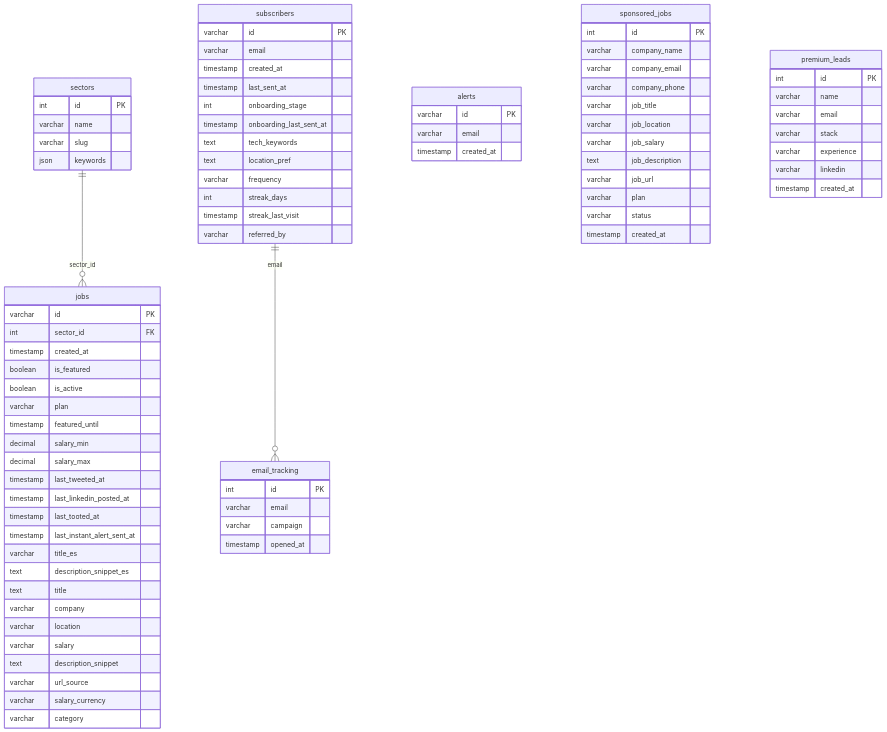
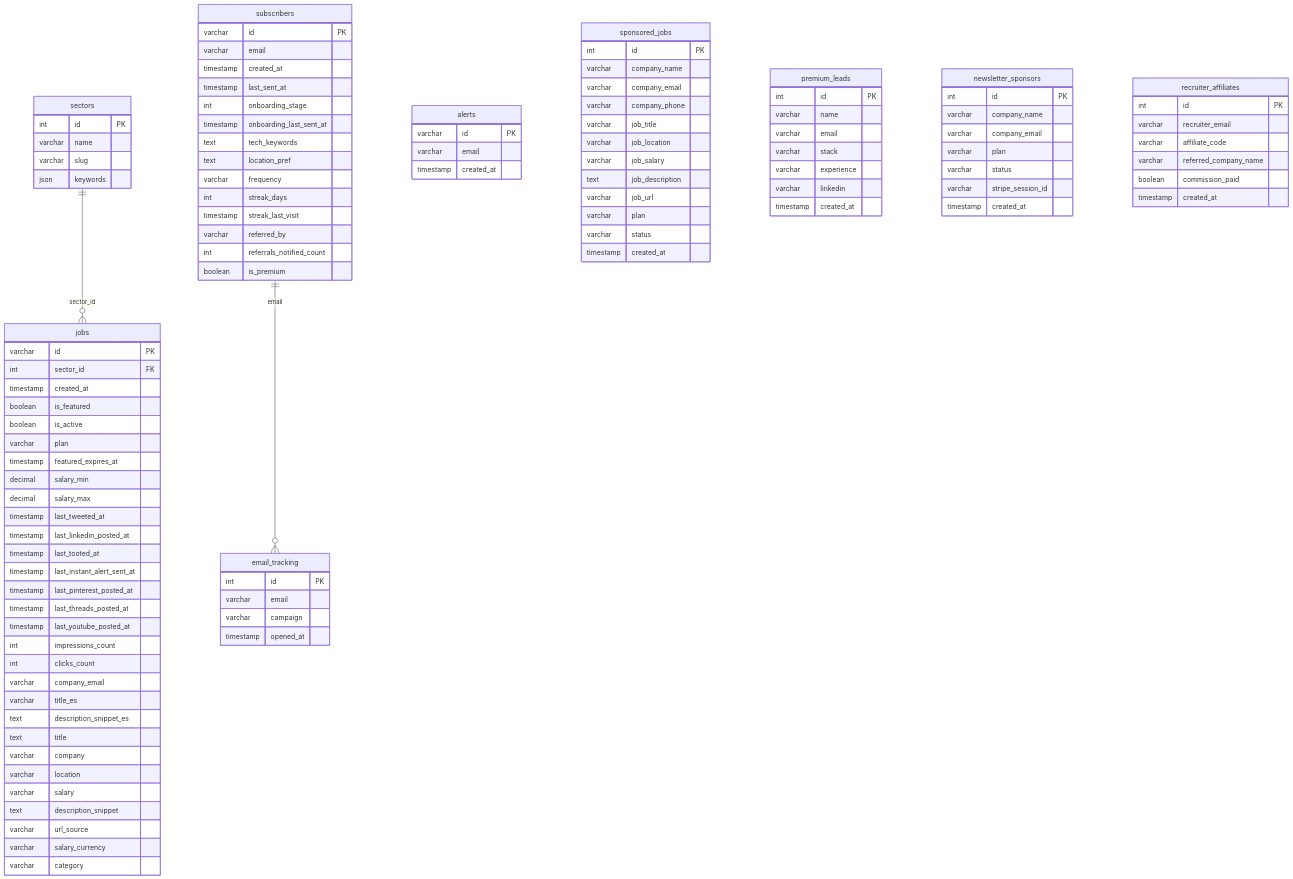
The second of 2 diagrams in DEVELOPMENT_CONTEXT.md (Raulmate7/Portal-Trabajo), drawn with Mermaid before and after one commit. The commit also changed other lines of this file and 131 other files, not shown here.

````diff
--- a/DEVELOPMENT_CONTEXT.md
+++ b/DEVELOPMENT_CONTEXT.md
@@ -72,13 +75,19 @@
         boolean is_featured
         boolean is_active
         varchar plan
-        timestamp featured_until
+        timestamp featured_expires_at
         decimal salary_min
         decimal salary_max
         timestamp last_tweeted_at
         timestamp last_linkedin_posted_at
         timestamp last_tooted_at
         timestamp last_instant_alert_sent_at
+        timestamp last_pinterest_posted_at
+        timestamp last_threads_posted_at
+        timestamp last_youtube_posted_at
+        int impressions_count
+        int clicks_count
+        varchar company_email
         varchar title_es
         text description_snippet_es
         text title
@@ -109,6 +118,8 @@
         int streak_days
         timestamp streak_last_visit
         varchar referred_by
+        int referrals_notified_count
+        boolean is_premium
     }
     alerts {
         varchar id PK
@@ -144,4 +155,21 @@
         varchar linkedin
         timestamp created_at
     }
+    newsletter_sponsors {
+        int id PK
+        varchar company_name
+        varchar company_email
+        varchar plan
+        varchar status
+        varchar stripe_session_id
+        timestamp created_at
+    }
+    recruiter_affiliates {
+        int id PK
+        varchar recruiter_email
+        varchar affiliate_code
+        varchar referred_company_name
+        boolean commission_paid
+        timestamp created_at
+    }
 ```
````
